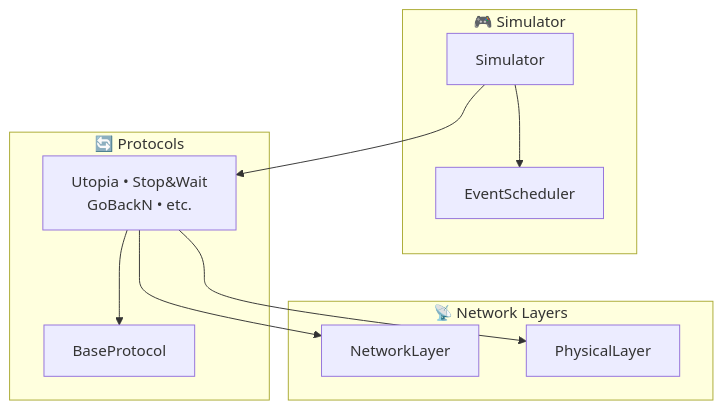
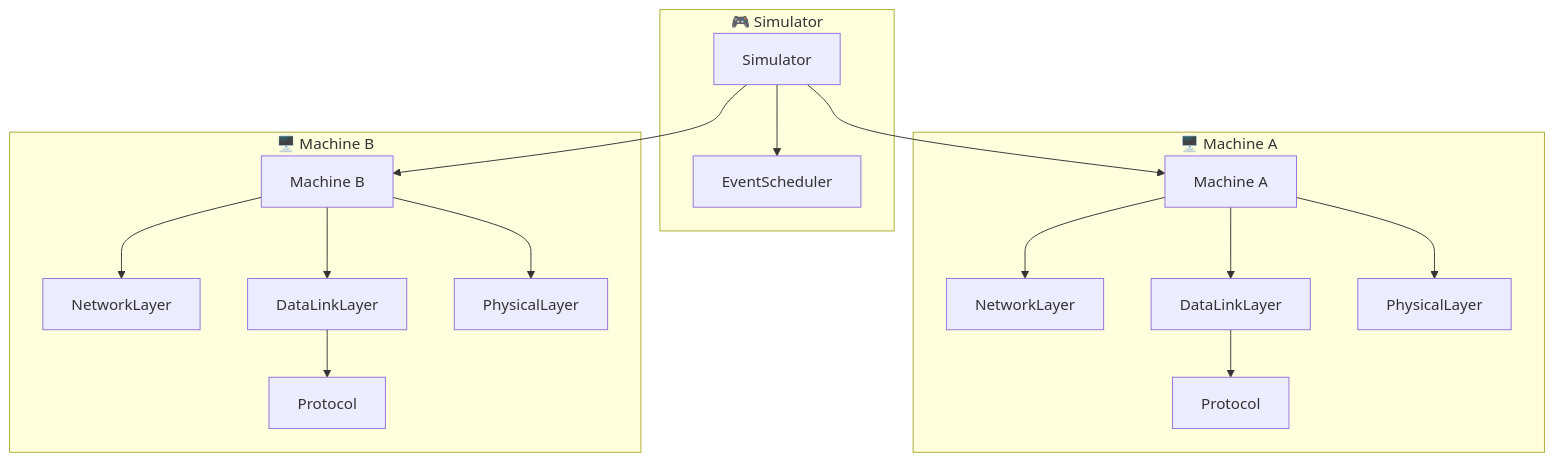
One commit to PavsTEC/network_simulator changed the second of 3 diagrams in README.md. Above: the diagram before and after it, drawn with Mermaid. The commit also changed other lines of this file, not shown here.

````diff
--- a/README.md
+++ b/README.md
@@ -96,23 +102,37 @@
 ```mermaid
 graph TB
     subgraph "🎮 Simulator"
         SIM[Simulator]
         ES[EventScheduler]
     end
 
-    subgraph "🔄 Protocols"
-        BP[BaseProtocol]
-        PROT[Utopia • Stop&Wait<br/>GoBackN • etc.]
+    subgraph "🖥️ Machine A"
+        MA[Machine A]
+        NLA[NetworkLayer]
+        DLA[DataLinkLayer]
+        PLA[PhysicalLayer]
+        PROTA[Protocol]
     end
 
-    subgraph "📡 Network Layers"
-        NL[NetworkLayer]
-        PL[PhysicalLayer]
+    subgraph "🖥️ Machine B"
+        MB[Machine B]
+        NLB[NetworkLayer]
+        DLB[DataLinkLayer]
+        PLB[PhysicalLayer]
+        PROTB[Protocol]
     end
 
     SIM --> ES
-    SIM --> PROT
-    PROT --> BP
-    PROT --> NL
-    PROT --> PL
+    SIM --> MA
+    SIM --> MB
+
+    MA --> NLA
+    MA --> DLA
+    MA --> PLA
+    DLA --> PROTA
+
+    MB --> NLB
+    MB --> DLB
+    MB --> PLB
+    DLB --> PROTB
 ```
````
